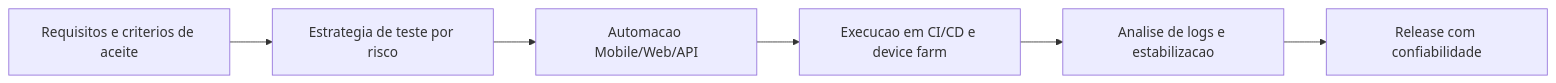
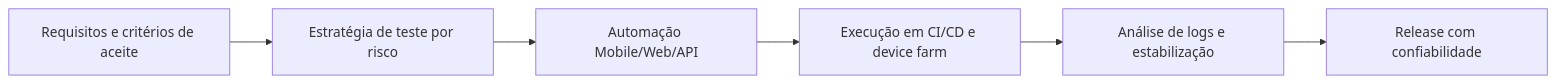
Before and after one commit to urielqa/urielqa: the diagram in README.md, drawn with Mermaid. The commit also changed other lines of this file, not shown here.

````diff
--- a/README.md
+++ b/README.md
@@ -65,8 +65,8 @@
 ```mermaid
 flowchart LR
-    A[Requisitos e criterios de aceite] --> B[Estrategia de teste por risco]
-    B --> C[Automacao Mobile/Web/API]
-    C --> D[Execucao em CI/CD e device farm]
-    D --> E[Analise de logs e estabilizacao]
+    A[Requisitos e critérios de aceite] --> B[Estratégia de teste por risco]
+    B --> C[Automação Mobile/Web/API]
+    C --> D[Execução em CI/CD e device farm]
+    D --> E[Análise de logs e estabilização]
     E --> F[Release com confiabilidade]
 ```
````
